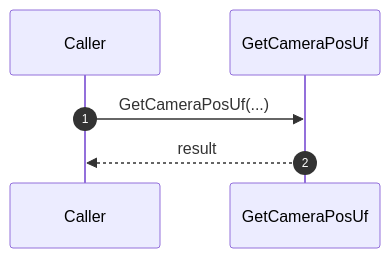
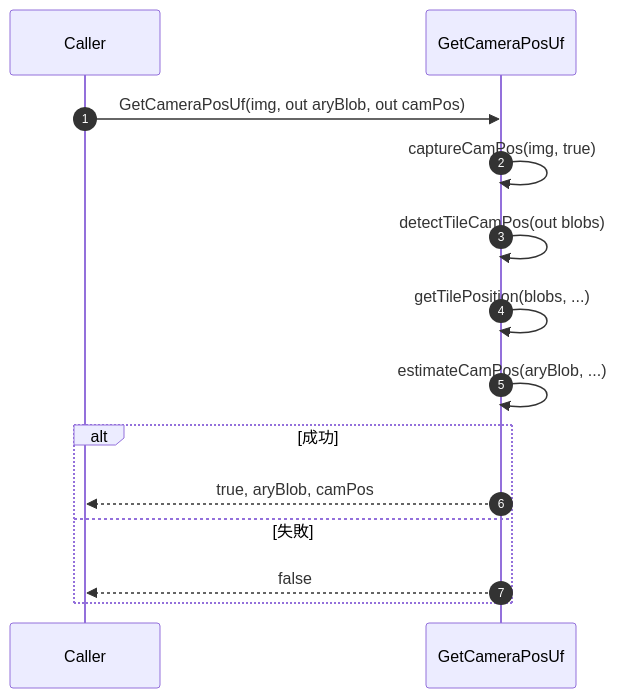
The third of 21 diagrams in docs/UfCamera_詳細設計書/08_メソッド仕様/08-5_連携モジュールメソッド/08-5-3_計測_表示_入出力連携.md (HottaTakayuki/ColorAlignmentSoftware), drawn with Mermaid before and after one commit. The commit also changed other lines of this file and 30 other files, not shown here.

````diff
--- a/docs/UfCamera_詳細設計書/08_メソッド仕様/08-5_連携モジュールメソッド/08-5-3_計測_表示_入出力連携.md
+++ b/docs/UfCamera_詳細設計書/08_メソッド仕様/08-5_連携モジュールメソッド/08-5-3_計測_表示_入出力連携.md
@@ -180,9 +203,17 @@
 ```mermaid
 sequenceDiagram
     autonumber
     participant CALLER as Caller
     participant M as GetCameraPosUf
 
-    CALLER->>M: GetCameraPosUf(...)
-    M-->>CALLER: result
+    CALLER->>M: GetCameraPosUf(img, out aryBlob, out camPos)
+    M->>M: captureCamPos(img, true)
+    M->>M: detectTileCamPos(out blobs)
+    M->>M: getTilePosition(blobs, ...)
+    M->>M: estimateCamPos(aryBlob, ...)
+    alt 成功
+        M-->>CALLER: true, aryBlob, camPos
+    else 失敗
+        M-->>CALLER: false
+    end
 ```
````
